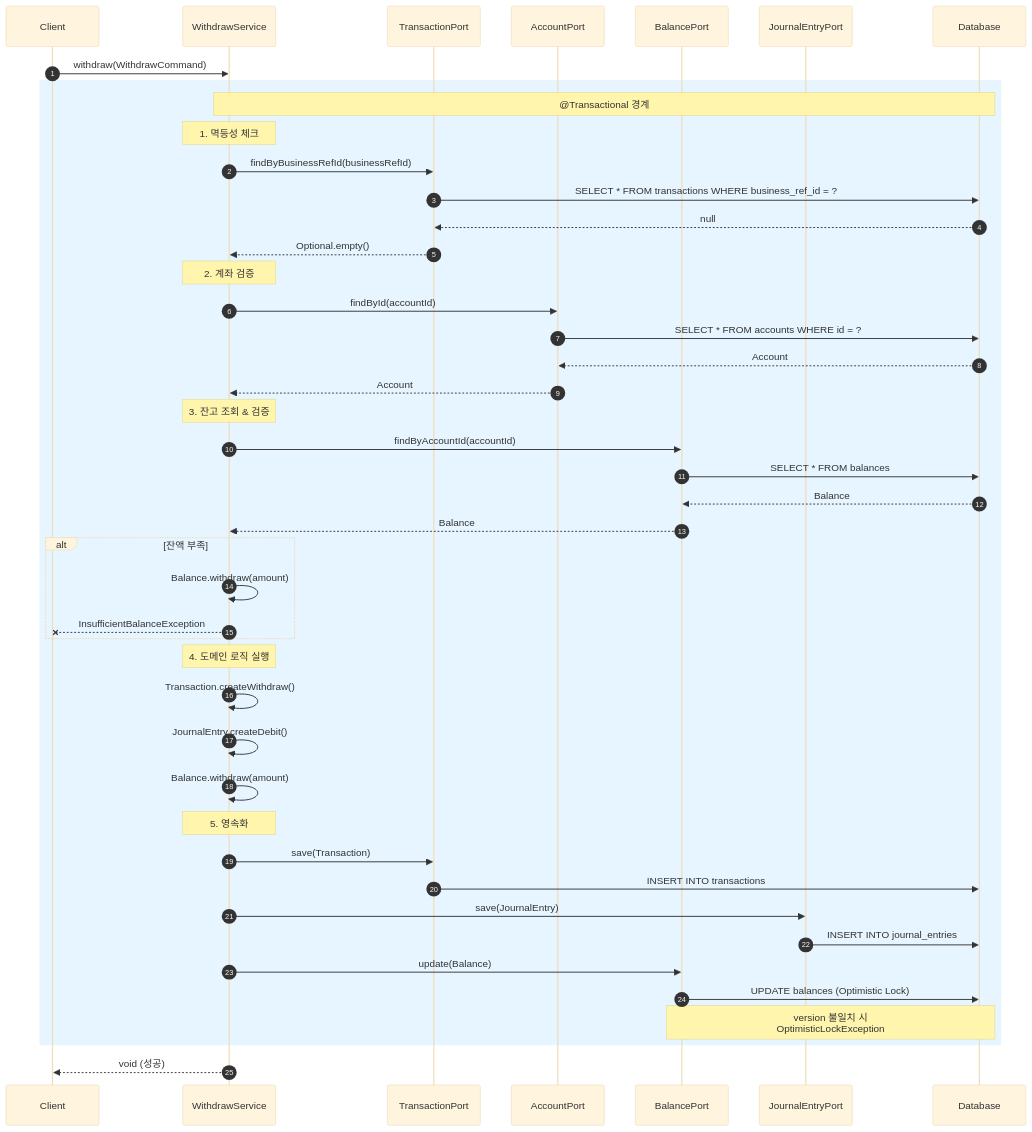
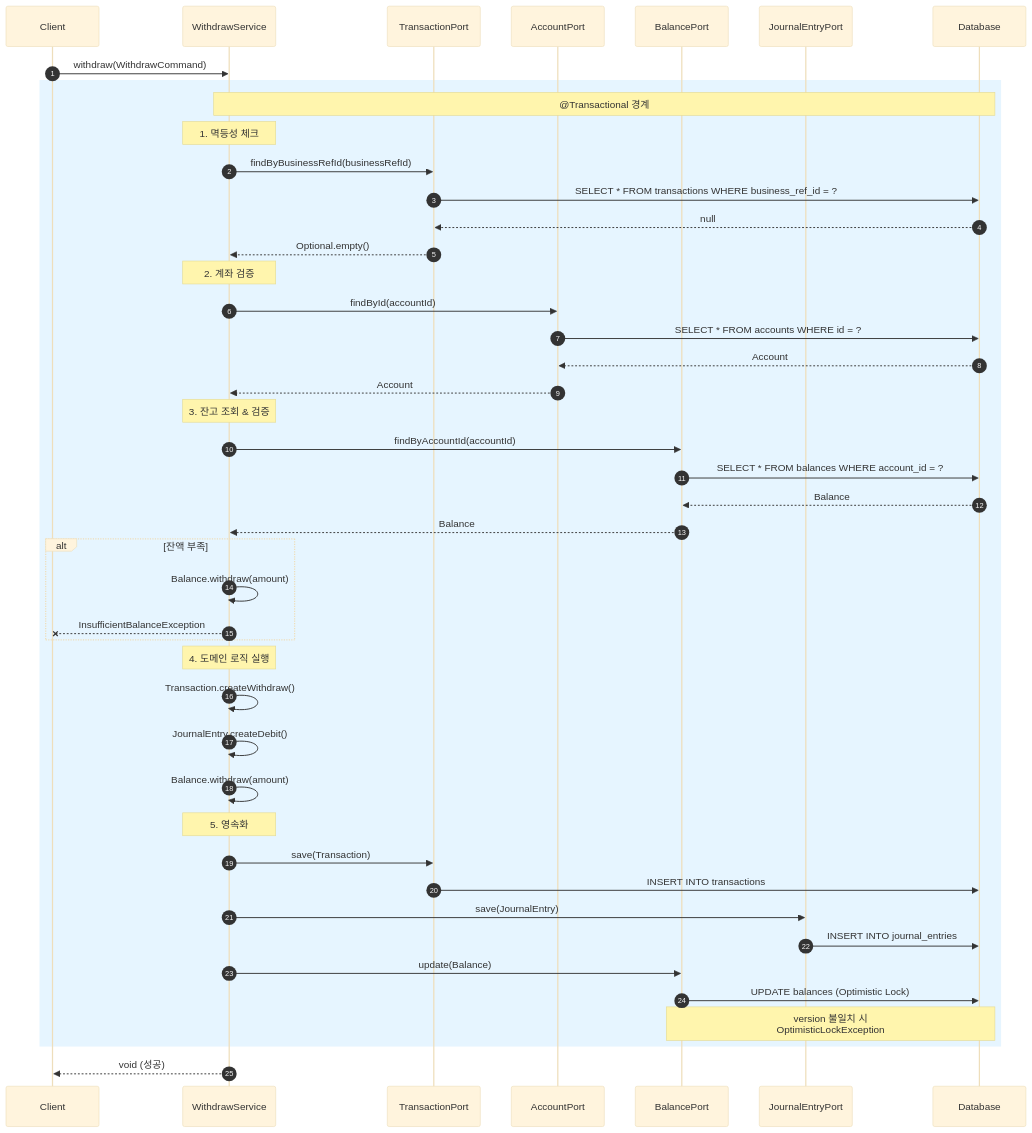
One commit to dding94/kuku-Securities changed the second of 2 diagrams in docs/diagrams/deposit-sequence.md. Above: the diagram before and after it, drawn with Mermaid (base theme).

````diff
--- a/docs/diagrams/deposit-sequence.md
+++ b/docs/diagrams/deposit-sequence.md
@@ -73,60 +73,60 @@
 ```mermaid
 sequenceDiagram
     autonumber
     participant C as Client
     participant S as WithdrawService
     participant TP as TransactionPort
     participant AP as AccountPort
     participant BP as BalancePort
     participant JP as JournalEntryPort
     participant DB as Database
 
     C->>S: withdraw(WithdrawCommand)
     
     rect rgb(230, 245, 255)
     Note over S,DB: @Transactional 경계
     
     Note over S: 1. 멱등성 체크
     S->>TP: findByBusinessRefId(businessRefId)
     TP->>DB: SELECT * FROM transactions WHERE business_ref_id = ?
     DB-->>TP: null
     TP-->>S: Optional.empty()
 
     Note over S: 2. 계좌 검증
     S->>AP: findById(accountId)
     AP->>DB: SELECT * FROM accounts WHERE id = ?
     DB-->>AP: Account
     AP-->>S: Account
 
     Note over S: 3. 잔고 조회 & 검증
     S->>BP: findByAccountId(accountId)
-    BP->>DB: SELECT * FROM balances
+    BP->>DB: SELECT * FROM balances WHERE account_id = ?
     DB-->>BP: Balance
     BP-->>S: Balance
 
     alt 잔액 부족
         S->>S: Balance.withdraw(amount)
         S--xC: InsufficientBalanceException
     end
 
     Note over S: 4. 도메인 로직 실행
     S->>S: Transaction.createWithdraw()
     S->>S: JournalEntry.createDebit()
     S->>S: Balance.withdraw(amount)
 
     Note over S: 5. 영속화
     S->>TP: save(Transaction)
     TP->>DB: INSERT INTO transactions
     
     S->>JP: save(JournalEntry)
     JP->>DB: INSERT INTO journal_entries
     
     S->>BP: update(Balance)
     BP->>DB: UPDATE balances (Optimistic Lock)
     
     Note over BP,DB: version 불일치 시<br/>OptimisticLockException
     
     end
 
     S-->>C: void (성공)
 ```
````
